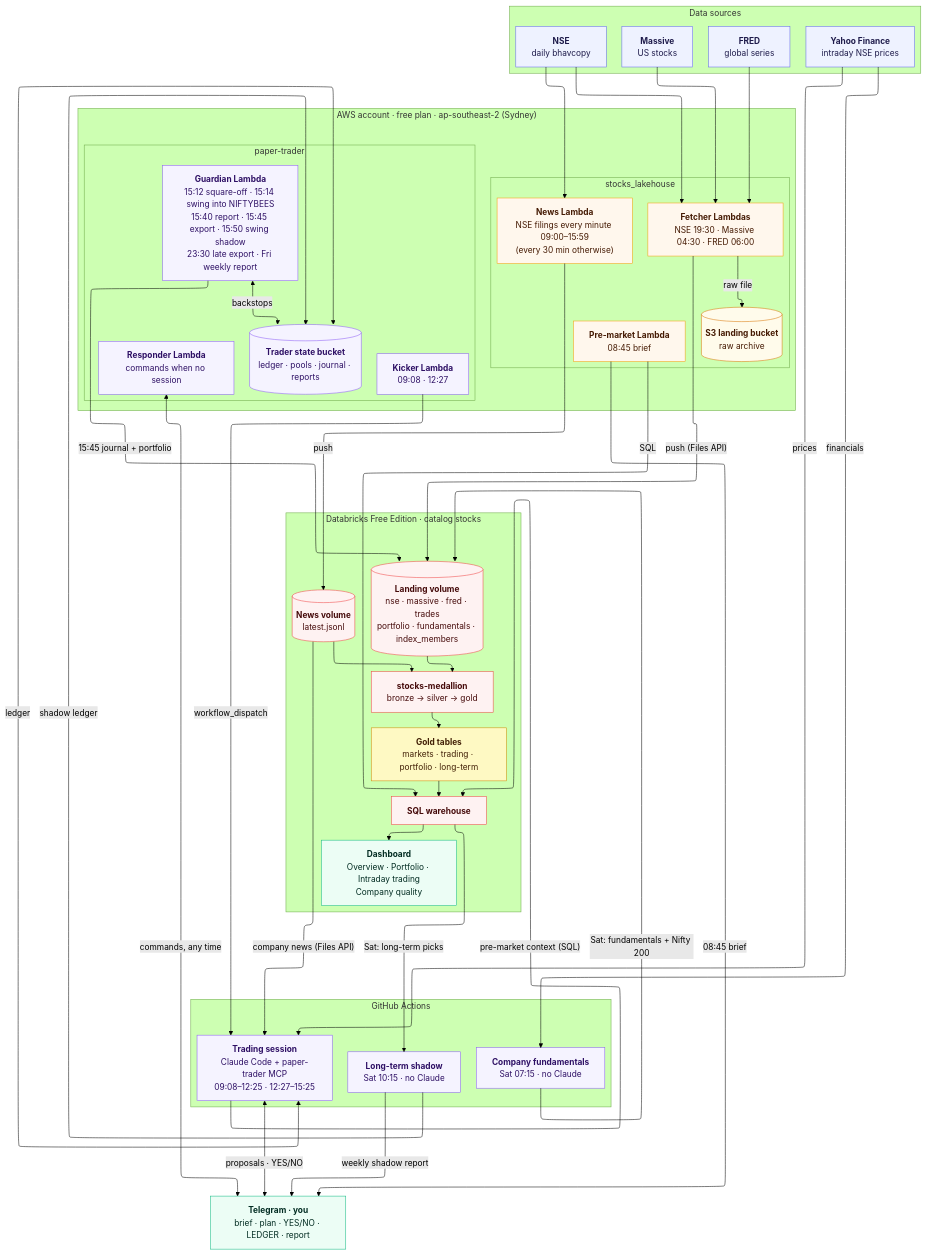
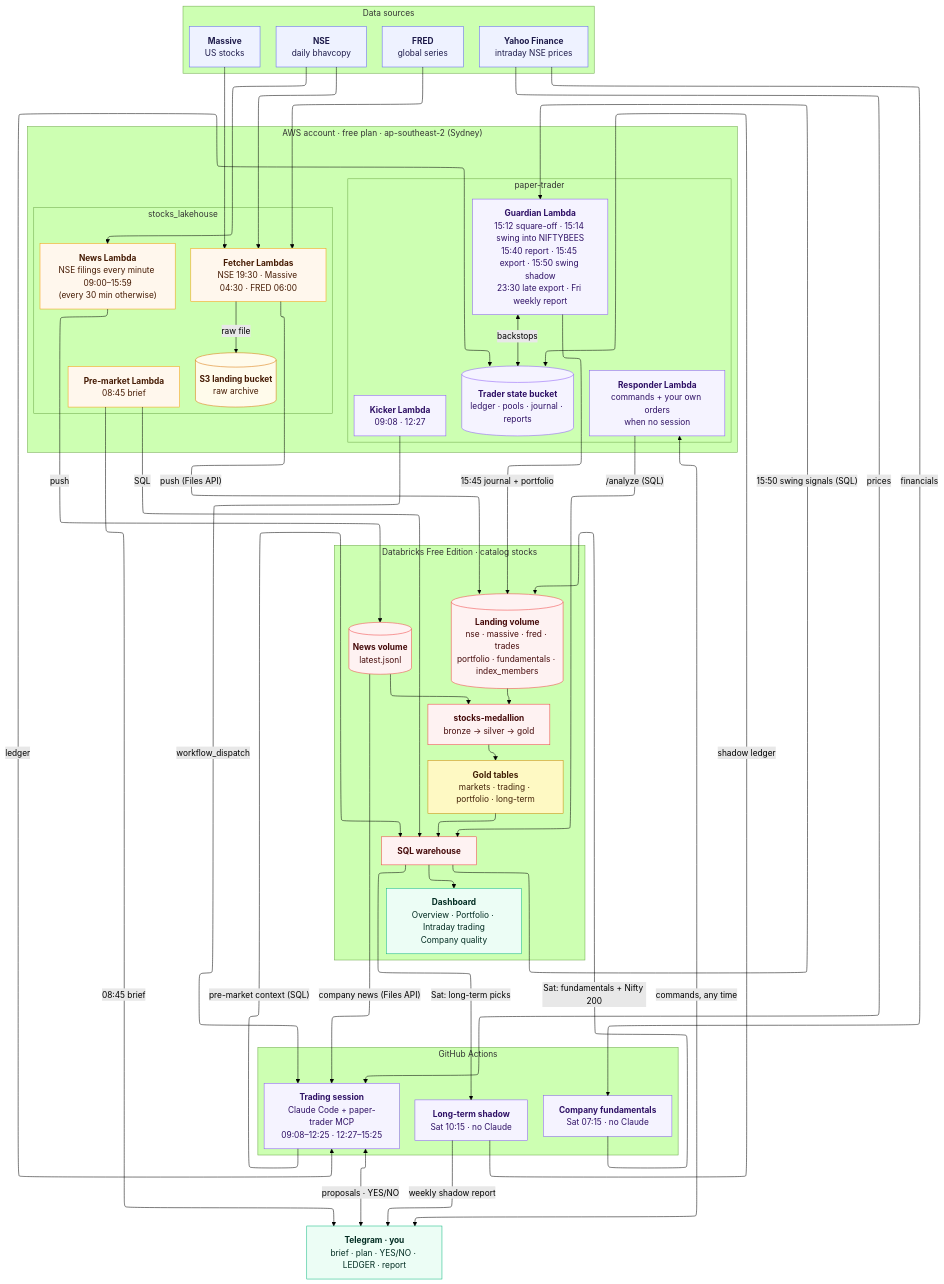
One commit to bumblebee26/stocks_lakehouse changed the diagram in docs/diagrams/05_platform.mmd. Above: the diagram before and after it, drawn with Mermaid (forest theme). The commit also changed 12 other files, not shown here.

```diff
--- a/docs/diagrams/05_platform.mmd
+++ b/docs/diagrams/05_platform.mmd
@@ -1,94 +1,96 @@
 ---
 config:
   layout: elk
   elk:
     mergeEdges: false
     nodePlacementStrategy: NETWORK_SIMPLEX
 ---
 %% Shared platform view: stocks_lakehouse + paper-trader.
 %% The same file lives in bumblebee26/paper-trader as docs/diagrams/01_platform.mmd; keep them identical.
 %% Secrets (SSM) and deployments (CI/CD) are left out on purpose: see 04_cicd and the security tables.
 flowchart TB
     subgraph SRC["Data sources"]
         direction LR
         NSE["<b>NSE</b><br/>daily bhavcopy"]
         MAS["<b>Massive</b><br/>US stocks"]
         FRED["<b>FRED</b><br/>global series"]
         YF["<b>Yahoo Finance</b><br/>intraday NSE prices"]
     end
 
     subgraph AWS["AWS account · free plan · ap-southeast-2 (Sydney)"]
         direction LR
         subgraph LHA["stocks_lakehouse"]
             direction TB
             FET["<b>Fetcher Lambdas</b><br/>NSE 19:30 · Massive 04:30 · FRED 06:00"]
             S3L[("<b>S3 landing bucket</b><br/>raw archive")]
             PM["<b>Pre-market Lambda</b><br/>08:45 brief"]
             NEWS["<b>News Lambda</b><br/>NSE filings every minute 09:00–15:59<br/>(every 30 min otherwise)"]
         end
         subgraph PTA["paper-trader"]
             direction TB
             KICK["<b>Kicker Lambda</b><br/>09:08 · 12:27"]
             GUARD["<b>Guardian Lambda</b><br/>15:12 square-off · 15:14 swing into NIFTYBEES<br/>15:40 report · 15:45 export · 15:50 swing shadow<br/>23:30 late export · Fri weekly report"]
             S3T[("<b>Trader state bucket</b><br/>ledger · pools · journal · reports")]
-            RESP["<b>Responder Lambda</b><br/>commands when no session"]
+            RESP["<b>Responder Lambda</b><br/>commands + your own orders<br/>when no session"]
         end
     end
 
     subgraph GHA["GitHub Actions"]
         direction TB
         SESS["<b>Trading session</b><br/>Claude Code + paper-trader MCP<br/>09:08–12:25 · 12:27–15:25"]
         FUND["<b>Company fundamentals</b><br/>Sat 07:15 · no Claude"]
         SHAD["<b>Long-term shadow</b><br/>Sat 10:15 · no Claude"]
     end
 
     subgraph DBX["Databricks Free Edition · catalog stocks"]
         direction TB
         VOL[("<b>Landing volume</b><br/>nse · massive · fred · trades<br/>portfolio · fundamentals · index_members")]
         NVOL[("<b>News volume</b><br/>latest.jsonl")]
         PIPE["<b>stocks-medallion</b><br/>bronze → silver → gold"]
         GOLD["<b>Gold tables</b><br/>markets · trading · portfolio · long-term"]
         WH["<b>SQL warehouse</b>"]
         DASH["<b>Dashboard</b><br/>Overview · Portfolio · Intraday trading<br/>Company quality"]
         VOL --> PIPE --> GOLD --> WH --> DASH
         NVOL --> PIPE
     end
 
     TG["<b>Telegram · you</b><br/>brief · plan · YES/NO · LEDGER · report"]
 
     NSE & MAS & FRED --> FET
     FET -- "raw file" --> S3L
     FET -- "push (Files API)" --> VOL
     NSE --> NEWS
     NEWS -- "push" --> NVOL
     PM -- "SQL" --> WH
     PM -- "08:45 brief" --> TG
     KICK -- "workflow_dispatch" --> SESS
     SESS -- "pre-market context (SQL)" --> WH
     YF -- "prices" --> SESS
     NVOL -- "company news (Files API)" --> SESS
     YF -- "financials" --> FUND
     FUND -- "Sat: fundamentals + Nifty 200" --> VOL
     WH -- "Sat: long-term picks" --> SHAD
     SHAD -- "shadow ledger" --> S3T
     SHAD -- "weekly shadow report" --> TG
     SESS <-- "ledger" --> S3T
     SESS <-- "proposals · YES/NO" --> TG
     GUARD <-- "backstops" --> S3T
     GUARD -- "15:45 journal + portfolio" --> VOL
+    WH -- "15:50 swing signals (SQL)" --> GUARD
     RESP <-- "commands, any time" --> TG
+    RESP -- "/analyze (SQL)" --> WH
 
     classDef ext fill:#eef2ff,stroke:#6366f1,color:#1e1b4b
     classDef aws fill:#fff7ed,stroke:#f59e0b,color:#451a03
     classDef store fill:#fffbeb,stroke:#d97706,color:#451a03
     classDef trader fill:#f5f3ff,stroke:#8b5cf6,color:#2e1065
     classDef dbx fill:#fef2f2,stroke:#ef4444,color:#450a0a
     classDef gold fill:#fef9c3,stroke:#ca8a04,color:#422006
     classDef out fill:#ecfdf5,stroke:#10b981,color:#022c22
     class NSE,MAS,FRED,YF ext
     class FET,PM,NEWS aws
     class S3L store
     class KICK,GUARD,S3T,SESS,RESP,FUND,SHAD trader
     class VOL,NVOL,PIPE,WH dbx
     class GOLD gold
     class DASH,TG out
```
